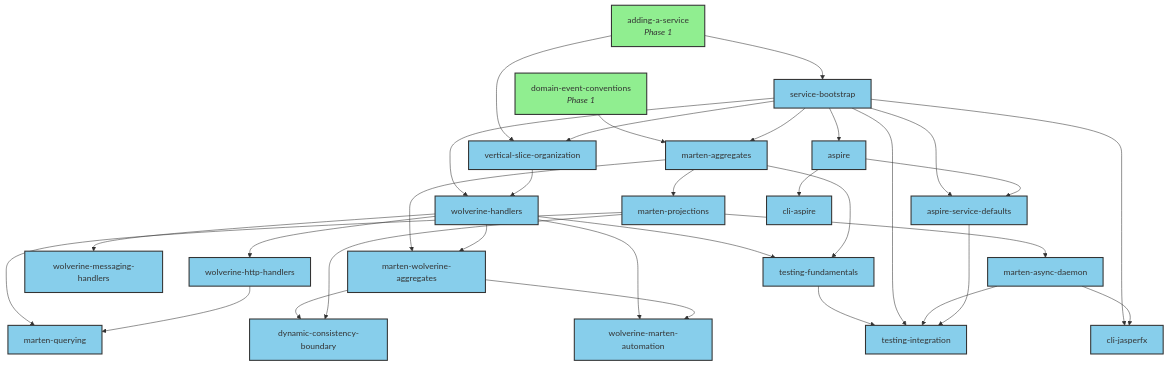
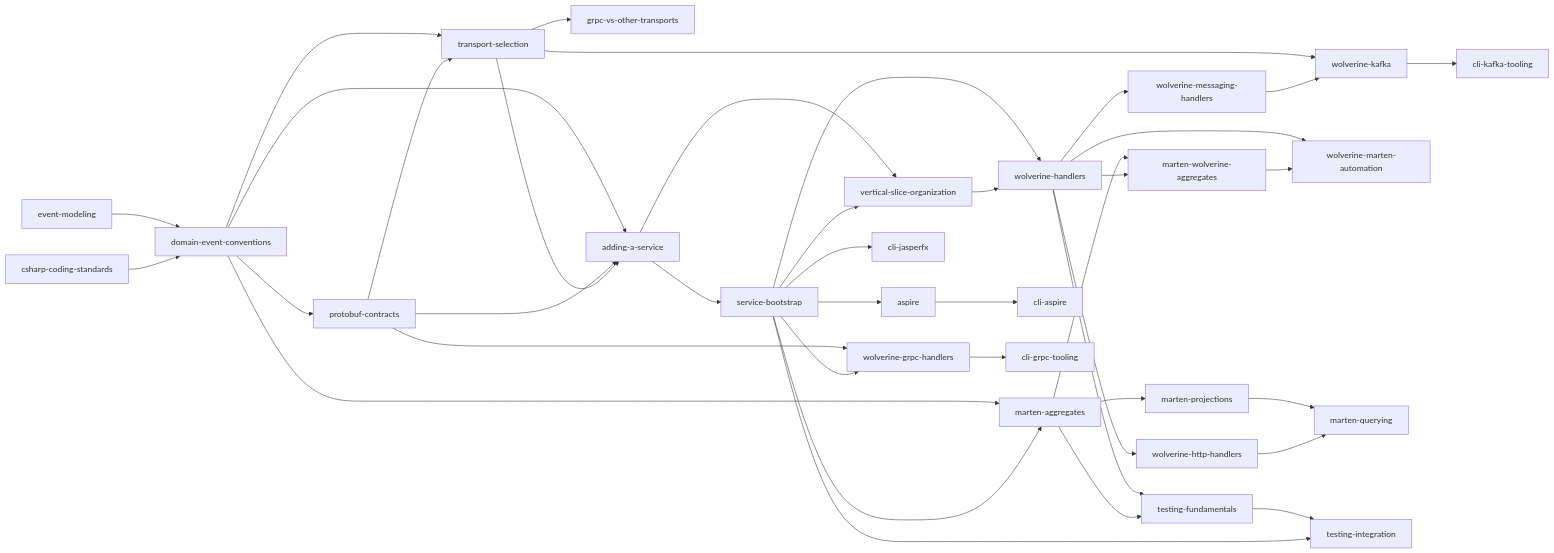
Before and after one commit to erikshafer/CritterCab: the diagram in docs/skills/README.md, drawn with Mermaid. The commit also changed other lines of this file and 75 other files, not shown here.

````diff
--- a/docs/skills/README.md
+++ b/docs/skills/README.md
@@ -251,49 +162,64 @@
 ```mermaid
-graph TB
-    %% Anchors from Phase 1
-    AS[adding-a-service<br/><i>Phase 1</i>]
-    DEC[domain-event-conventions<br/><i>Phase 1</i>]
+graph LR
+    %% Design and contracts
+    EM[event-modeling]
+    CCS[csharp-coding-standards]
+    DEC[domain-event-conventions]
+    PC[protobuf-contracts]
+    TS[transport-selection]
+    GVOT[grpc-vs-other-transports]
 
-    %% Service composition root
+    EM --> DEC
+    CCS --> DEC
+    DEC --> PC
+    DEC --> TS
+    PC --> TS
+    TS --> GVOT
+
+    %% Service composition
+    AS[adding-a-service]
     SB[service-bootstrap]
     VSO[vertical-slice-organization]
+    ASP[aspire]
 
+    DEC --> AS
+    PC --> AS
+    TS --> AS
     AS --> SB
     AS --> VSO
     SB --> VSO
+    SB --> ASP
 
-    %% Wolverine handler family
+    %% Handlers
     WH[wolverine-handlers]
     WHH[wolverine-http-handlers]
     WMH[wolverine-messaging-handlers]
+    WGH[wolverine-grpc-handlers]
+    WK[wolverine-kafka]
+    WMA[wolverine-marten-automation]
 
     SB --> WH
     VSO --> WH
     WH --> WHH
     WH --> WMH
+    PC --> WGH
+    SB --> WGH
+    TS --> WK
+    WMH --> WK
 
-    %% Marten cluster
+    %% Marten
     MA[marten-aggregates]
     MWA[marten-wolverine-aggregates]
     MP[marten-projections]
     MQ[marten-querying]
-    MAD[marten-async-daemon]
-    DCB[dynamic-consistency-boundary]
 
     DEC --> MA
     SB --> MA
     MA --> MWA
     WH --> MWA
     MA --> MP
-    MWA --> DCB
-    MP --> DCB
     MP --> MQ
-    MP --> MAD
     WHH --> MQ
-
-    %% Event-triggered automation (fourth handler-trigger shape)
-    WMA[wolverine-marten-automation]
-
     WH --> WMA
     MWA --> WMA
 
@@ -305,25 +231,15 @@
     MA --> TF
     TF --> TI
     SB --> TI
-    MAD --> TI
 
-    %% Infrastructure
-    ASP[aspire]
-    ASD[aspire-service-defaults]
+    %% Tooling
     CLA[cli-aspire]
     CLJ[cli-jasperfx]
+    CGT[cli-grpc-tooling]
+    CKT[cli-kafka-tooling]
 
-    SB --> ASP
     ASP --> CLA
     SB --> CLJ
-    MAD --> CLJ
-    SB --> ASD
-    ASP --> ASD
-    ASD --> TI
-
-    classDef phase1 fill:#90ee90,stroke:#333,stroke-width:2px
-    classDef phase2 fill:#87ceeb,stroke:#333,stroke-width:2px
-
-    class AS,DEC phase1
-    class SB,VSO,WH,WHH,WMH,MA,MWA,MP,MQ,MAD,DCB,TF,TI,ASP,ASD,CLA,CLJ,WMA phase2
+    WGH --> CGT
+    WK --> CKT
 ```
````
